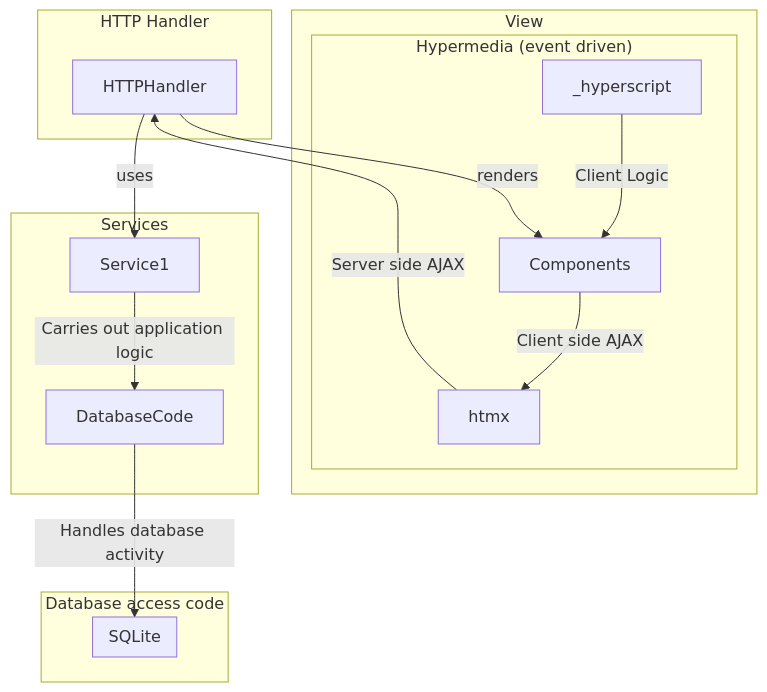
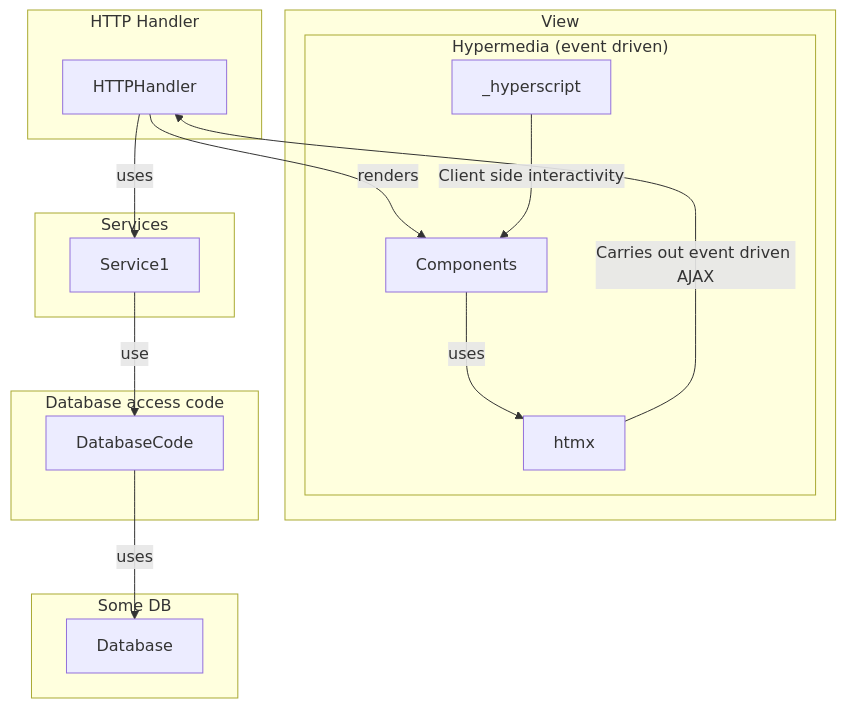
The diagram in ARCHITECTURE.md (lloydlobo/go-echo-htmx), drawn with Mermaid before and after one commit. The commit also changed 32 other files, not shown here.

First line of the commit message:
refactor: use elm like architecture (#1)

````diff
--- a/ARCHITECTURE.md
+++ b/ARCHITECTURE.md
@@ -9,39 +9,52 @@
 ```mermaid
 graph TD
+    %% Processes HTTP requests
+    %% Does not contain application logic itself
+    %% Uses services that carry out application logic
+    %% Takes the responses from services and uses components to render HTML
+    %% Creates HTTP responses
     subgraph "HTTP Handler"
         HTTPHandler
-        %% HTTPHandler -->|Processes HTTP requests| Response
-        %% Response -->|Creates HTTP responses| Components
-    end
-
-    subgraph "View"
-        %% Components[View]
-        Components -->|Client side AJAX| htmx
-        subgraph "Hypermedia (event driven)"
-            _hyperscript -->|Client Logic| Components
-            htmx -->|Server side AJAX| HTTPHandler
-        end
-    end
-
-    subgraph "Services"
-        Service1 -->|Carries out application logic| DatabaseCode
-        %% Service2 -->|Carries out application logic| DatabaseCode
-    end
-
-    subgraph "Database access code"
-        DatabaseCode -->|Handles database activity| SQLite
-    end
-
-    subgraph "SQLite"
-        SQLite[Database]
     end
 
     HTTPHandler -->|uses| Service1
     HTTPHandler -->|renders| Components
 
-    %% HTTPHandler -->|uses| Service2
-    %% HTTPHandler -->|renders| Components
-    %% Service1 -->|use| DatabaseCode
-    %% Service2 -->|use| DatabaseCode
-    %% DatabaseCode -->|uses| SQLite;
+    subgraph "View"
+        Components -->| uses| htmx
+        subgraph "Hypermedia (event driven)"
+            _hyperscript -->|Client side interactivity| Components
+            htmx -->|Carries out event driven AJAX| HTTPHandler
+        end
+    end
+
+
+    %% Carries out application logic such as orchestrating API calls, or making database calls
+    %% Does not do anything related to HTML or HTTP
+    %% Is not aware of the specifics of database calls
+    subgraph "Services"
+        Service1
+        %% Service2 -->|Carries out application logic| DatabaseCode
+    end
+
+    %% Handles database activity such as inserting and querying records
+    %% Ensures that the database representation (records) doesn't leak to the service layer
+    subgraph "Database access code"
+        Service1 --> |use| DatabaseCode
+        %% Service2 -->|Carries out application logic| DatabaseCode
+    end
+
+    %% subgraph "Models"
+    %%     DatabaseCode -->|use| Contact
+    %% end
+
+    DatabaseCode -->|uses| SQLite
+
+    subgraph "Some DB"
+        SQLite[Database]
+    end
+
+    %% A more complex application may have a models package containing plain structs that represent common data structures in the application, such as User.
+
+    %% As per https://go.dev/wiki/CodeReviewComments#interfaces the HTTP handler defines the interface that it's expecting, rather than the service defining its own interface.
 ```
````
